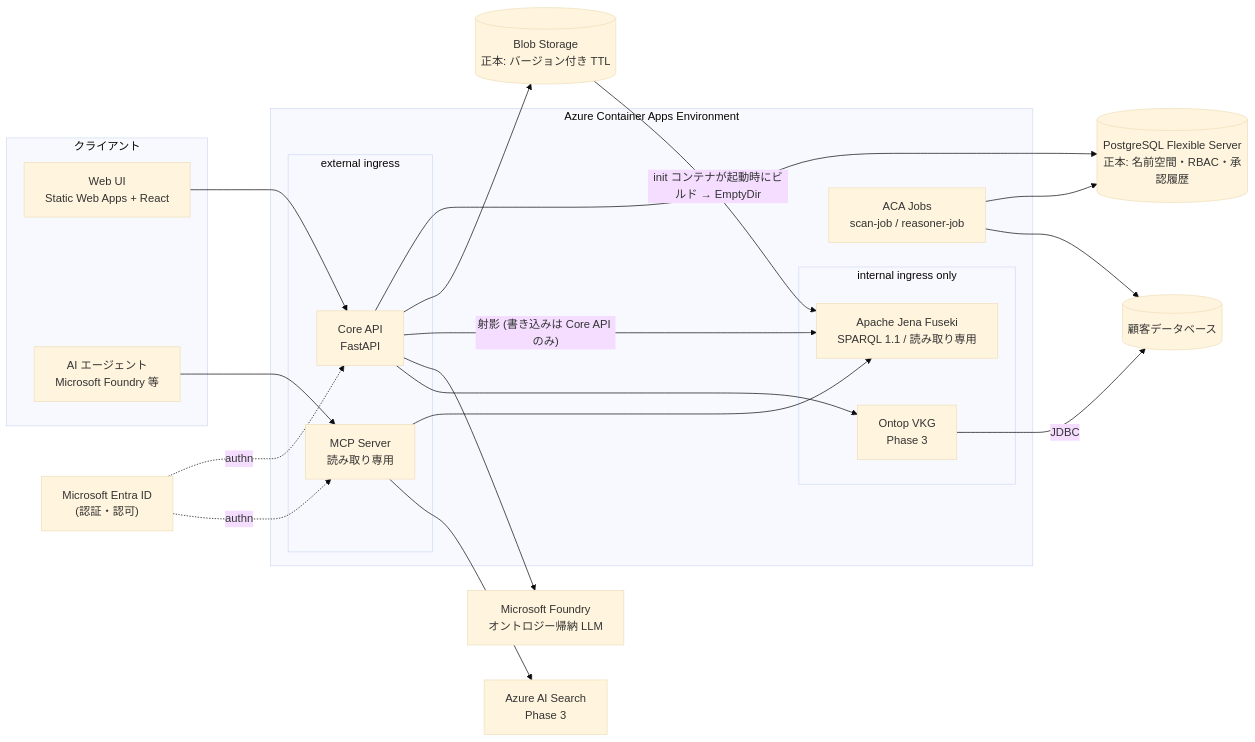
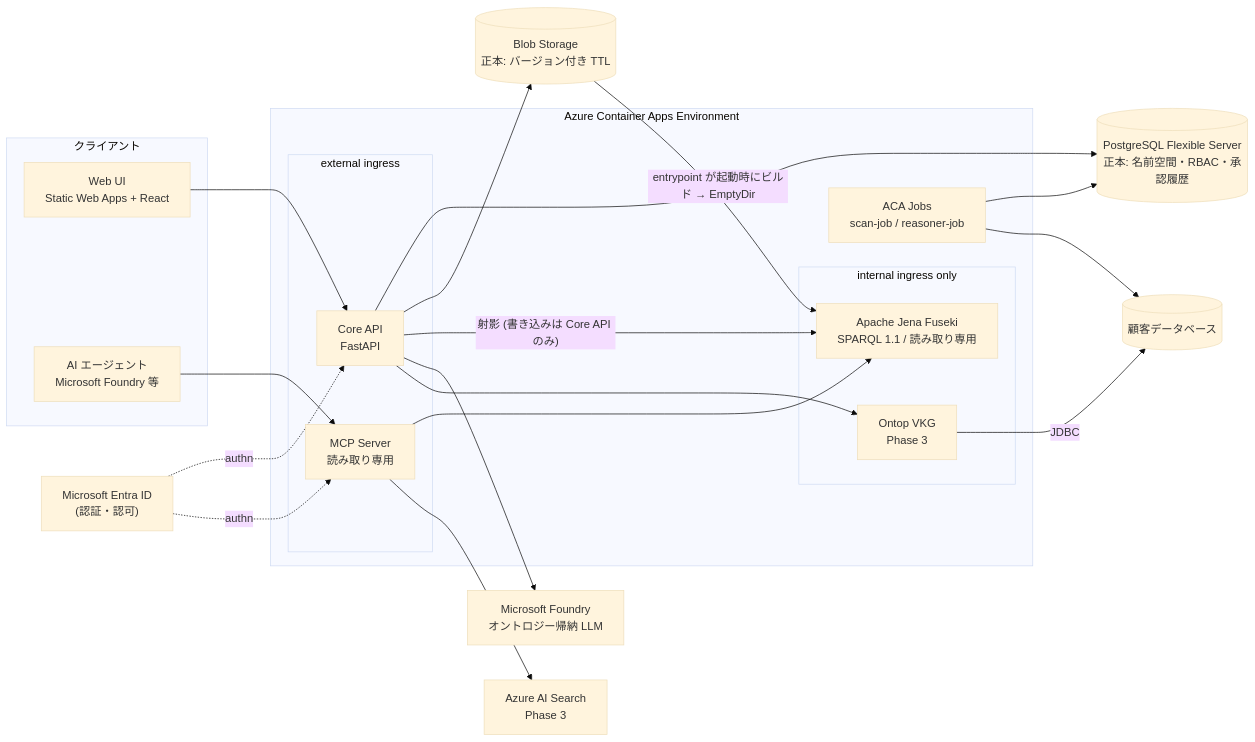
Before and after one commit to nomhiro/ontology-accelerator-for-azure: the first of 2 diagrams in README.md, drawn with Mermaid (base theme). The commit also changed other lines of this file and 6 other files, not shown here.

````diff
--- a/README.md
+++ b/README.md
@@ -52,44 +51,44 @@
 ```mermaid
 flowchart LR
   ENTRA["Microsoft Entra ID<br/>(認証・認可)"]
 
   subgraph clients["クライアント"]
     WEB["Web UI<br/>Static Web Apps + React"]
     AGENT["AI エージェント<br/>Microsoft Foundry 等"]
   end
 
   subgraph aca["Azure Container Apps Environment"]
     subgraph pubz["external ingress"]
       API["Core API<br/>FastAPI"]
       MCP["MCP Server<br/>読み取り専用"]
     end
     subgraph intz["internal ingress only"]
       FUSEKI["Apache Jena Fuseki<br/>SPARQL 1.1 / 読み取り専用"]
       ONTOP["Ontop VKG<br/>Phase 3"]
     end
     JOBS["ACA Jobs<br/>scan-job / reasoner-job"]
   end
 
   PG[("PostgreSQL Flexible Server<br/>正本: 名前空間・RBAC・承認履歴")]
   BLOB[("Blob Storage<br/>正本: バージョン付き TTL")]
   SEARCH["Azure AI Search<br/>Phase 3"]
   FOUNDRY["Microsoft Foundry<br/>オントロジー帰納 LLM"]
   CUSTDB[("顧客データベース")]
 
   ENTRA -.authn.-> API
   ENTRA -.authn.-> MCP
   WEB --> API
   AGENT --> MCP
 
   API --> PG
   API --> BLOB
   API -- "射影 (書き込みは Core API のみ)" --> FUSEKI
   API --> FOUNDRY
   API --> ONTOP
   MCP --> FUSEKI
   MCP --> SEARCH
-  BLOB -- "init コンテナが起動時にビルド → EmptyDir" --> FUSEKI
+  BLOB -- "entrypoint が起動時にビルド → EmptyDir" --> FUSEKI
   ONTOP -- JDBC --> CUSTDB
   JOBS --> PG
   JOBS --> CUSTDB
 ```
````
